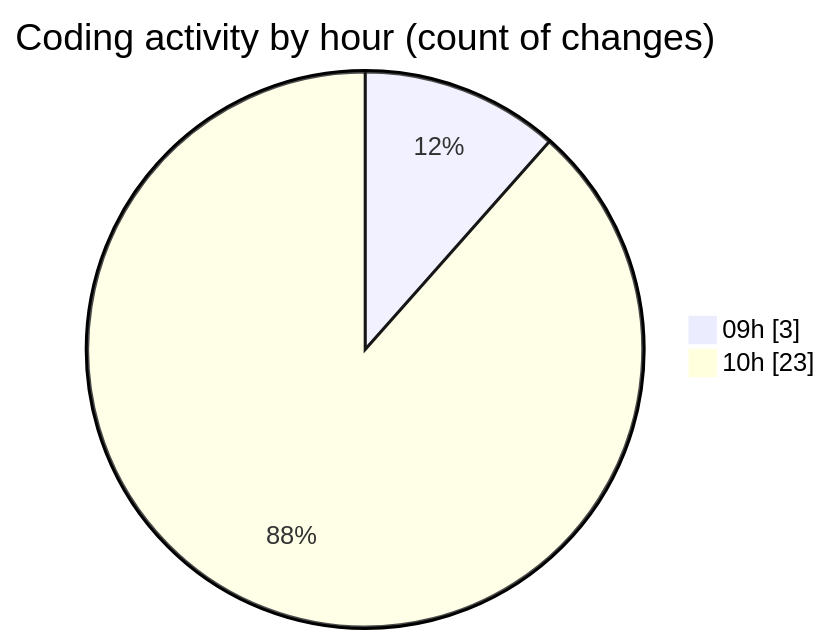
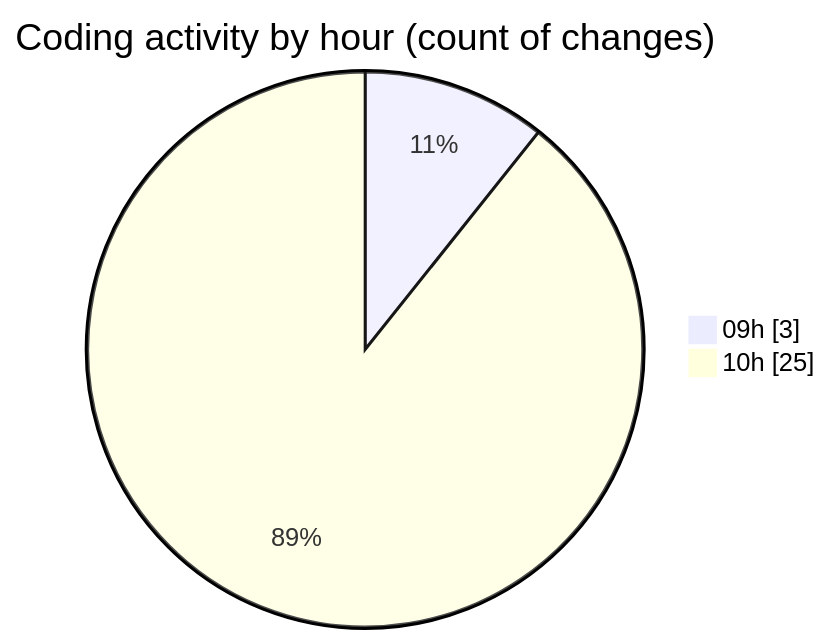
One commit to CELIANVF/code-tracking changed the second of 2 diagrams in 2025-05-19/ecodeli-1/README.md. Above: the diagram before and after it, drawn with Mermaid. The commit also changed other lines of this file and 1 other file, not shown here.

````diff
--- a/2025-05-19/ecodeli-1/README.md
+++ b/2025-05-19/ecodeli-1/README.md
@@ -42,6 +43,6 @@
 ```mermaid
 pie showData
 title Coding activity by hour (count of changes)
 "09h" : 3
-"10h" : 23
+"10h" : 25
 ```
````
